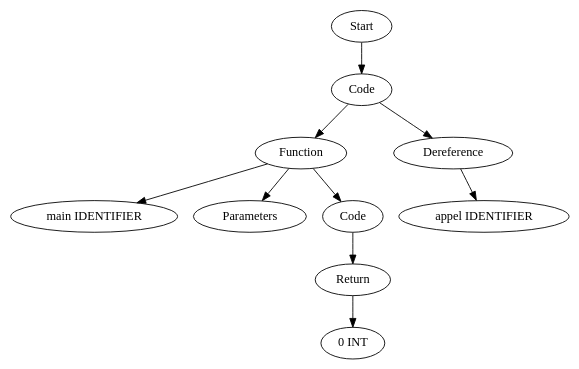
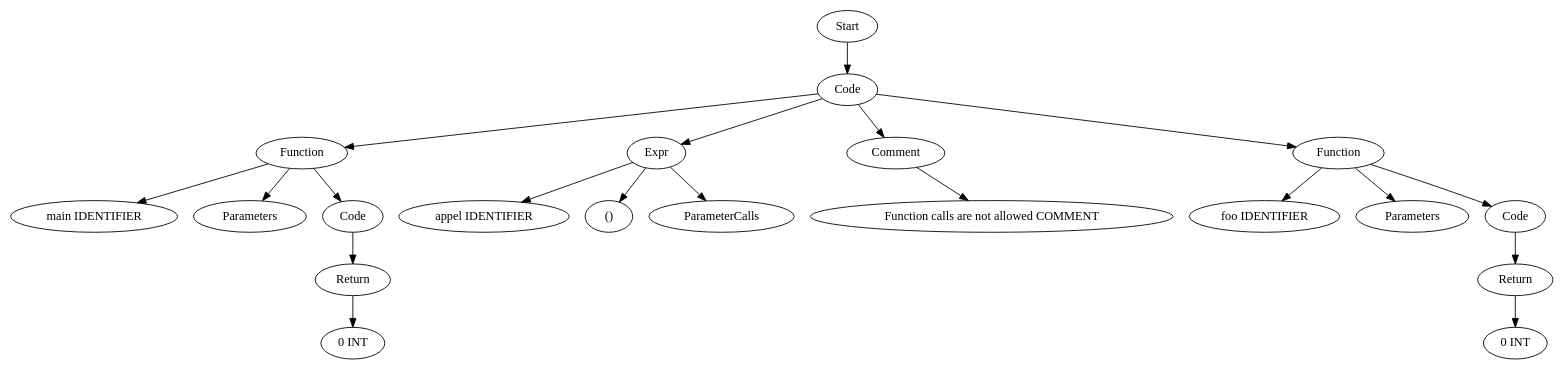
The diagram in TestCases/ASTTests/ConstraintsTests/createTests/read_file_before.dot (Are-you-listening/Compilers), drawn with Graphviz before and after one commit. The commit also changed 316 other files, not shown here.

```diff
--- a/TestCases/ASTTests/ConstraintsTests/createTests/read_file_before.dot
+++ b/TestCases/ASTTests/ConstraintsTests/createTests/read_file_before.dot
@@ -1,21 +1,41 @@
 digraph AST {
-  "124205729468416" [label="Start"];
-  "124205729468416" -> "124205729478688";
-  "124205729478688" [label="Code"];
-  "124205729478688" -> "124205729472400";
-  "124205729478688" -> "124205729651232";
-  "124205729472400" [label="Function"];
-  "124205729472400" -> "124205729650944";
-  "124205729472400" -> "124205729645856";
-  "124205729472400" -> "124205729648688";
-  "124205729650944" [label="main IDENTIFIER"];
-  "124205729645856" [label="Parameters"];
-  "124205729648688" [label="Code"];
-  "124205729648688" -> "124205729651280";
-  "124205729651280" [label="Return"];
-  "124205729651280" -> "124205729650848";
-  "124205729650848" [label="0 INT"];
-  "124205729651232" [label="Dereference"];
-  "124205729651232" -> "124205729646768";
-  "124205729646768" [label="appel IDENTIFIER"];
+  "135068201762480" [label="Start"];
+  "135068201762480" -> "135068201759072";
+  "135068201759072" [label="Code"];
+  "135068201759072" -> "135068201834896";
+  "135068201759072" -> "135068201832304";
+  "135068201759072" -> "135068201833072";
+  "135068201759072" -> "135068201832880";
+  "135068201834896" [label="Function"];
+  "135068201834896" -> "135068201829280";
+  "135068201834896" -> "135068201829808";
+  "135068201834896" -> "135068201834416";
+  "135068201829280" [label="main IDENTIFIER"];
+  "135068201829808" [label="Parameters"];
+  "135068201834416" [label="Code"];
+  "135068201834416" -> "135068201834080";
+  "135068201834080" [label="Return"];
+  "135068201834080" -> "135068201834032";
+  "135068201834032" [label="0 INT"];
+  "135068201832304" [label="Expr"];
+  "135068201832304" -> "135068201830624";
+  "135068201832304" -> "135068201837776";
+  "135068201832304" -> "135068201833504";
+  "135068201830624" [label="appel IDENTIFIER"];
+  "135068201837776" [label="() "];
+  "135068201833504" [label="ParameterCalls"];
+  "135068201833072" [label="Comment"];
+  "135068201833072" -> "135068201837824";
+  "135068201837824" [label="Function calls are not allowed COMMENT"];
+  "135068201832880" [label="Function"];
+  "135068201832880" -> "135068201829712";
+  "135068201832880" -> "135068201829472";
+  "135068201832880" -> "135068201830384";
+  "135068201829712" [label="foo IDENTIFIER"];
+  "135068201829472" [label="Parameters"];
+  "135068201830384" [label="Code"];
+  "135068201830384" -> "135068201835232";
+  "135068201835232" [label="Return"];
+  "135068201835232" -> "135068201835952";
+  "135068201835952" [label="0 INT"];
 }
```
